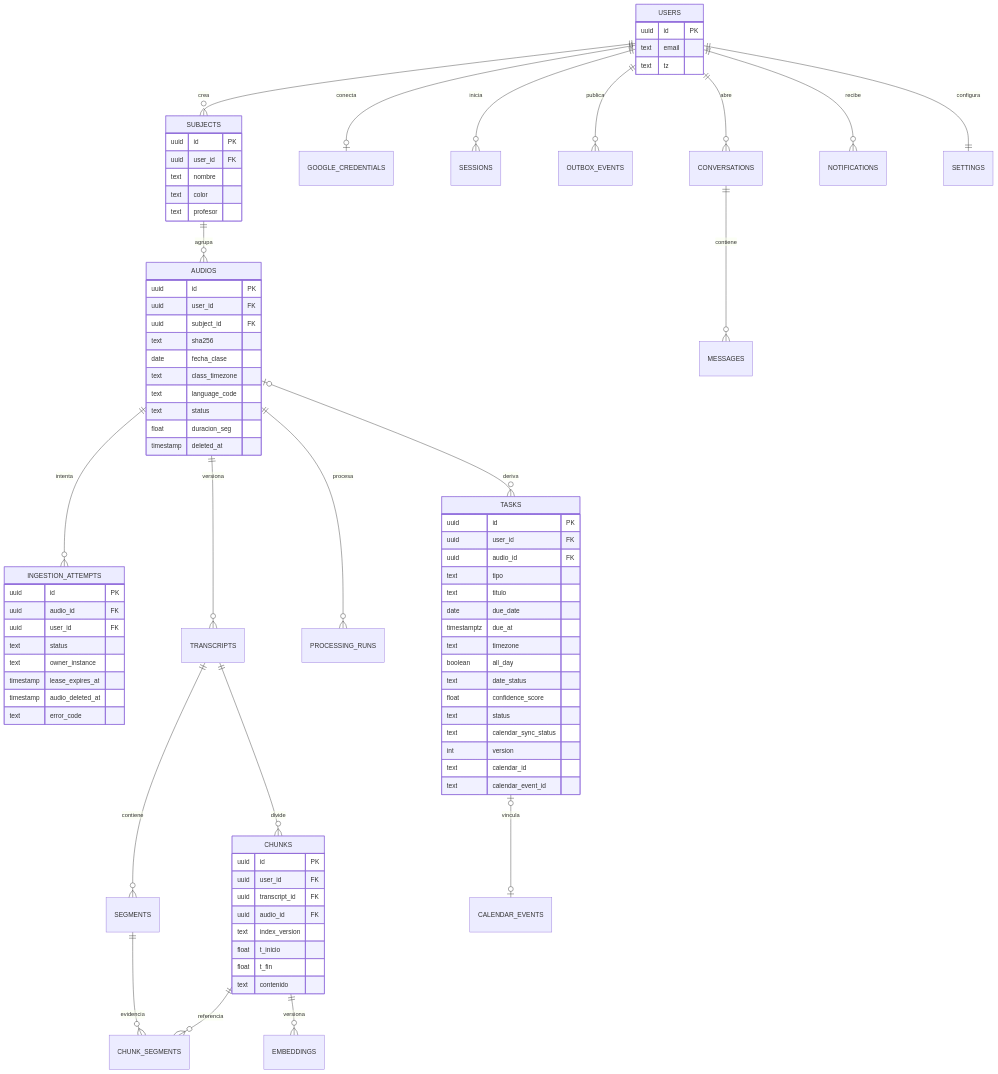
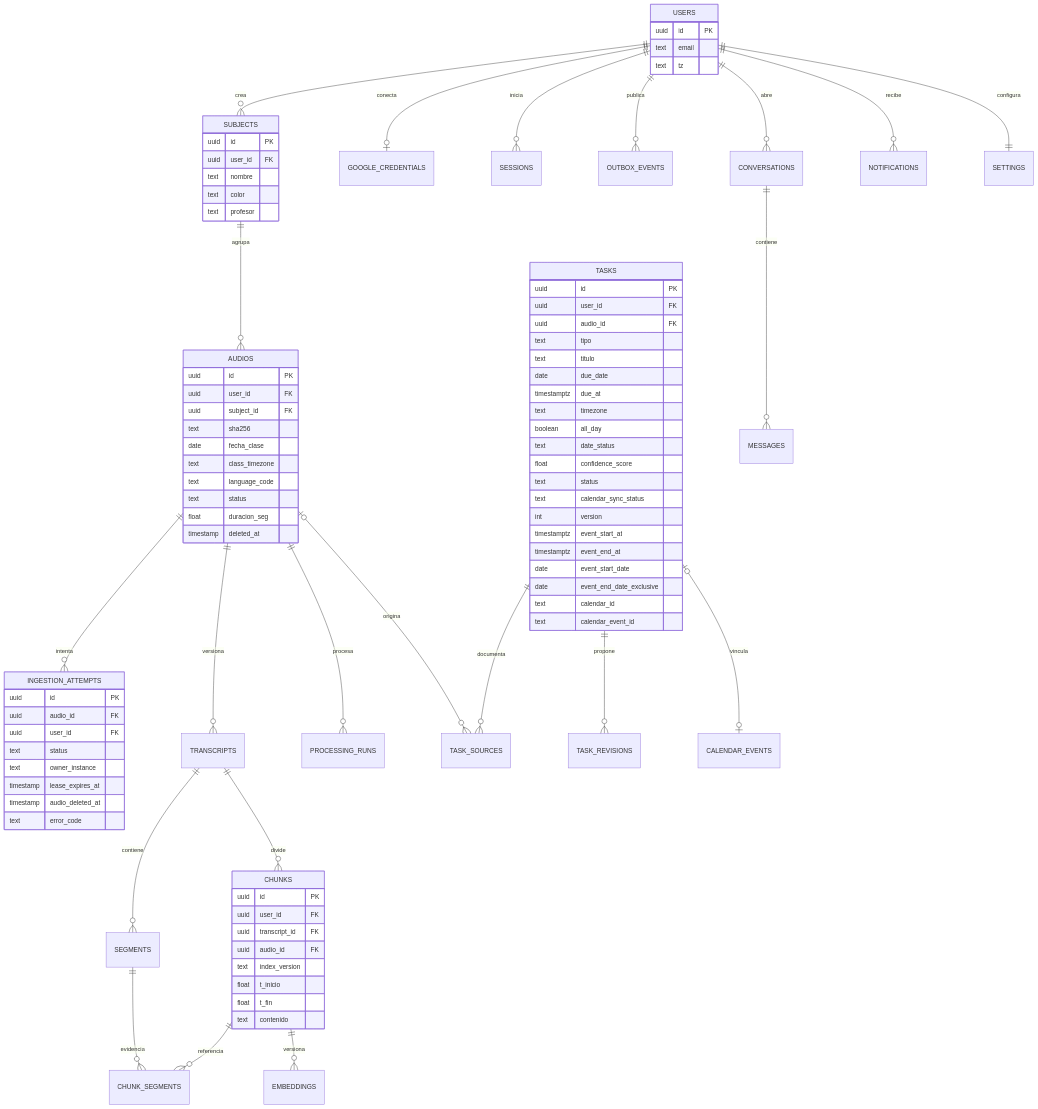
The third of 3 diagrams in docs/ESPECIFICACION.md (Nigrumhodo/Maulwurf), drawn with Mermaid before and after one commit. The commit also changed other lines of this file and 18 other files, not shown here.

```diff
--- a/docs/ESPECIFICACION.md
+++ b/docs/ESPECIFICACION.md
@@ -458,7 +461,9 @@
     CHUNKS ||--o{ CHUNK_SEGMENTS : referencia
     SEGMENTS ||--o{ CHUNK_SEGMENTS : evidencia
     CHUNKS ||--o{ EMBEDDINGS : versiona
-    AUDIOS o|--o{ TASKS : deriva
+    AUDIOS o|--o{ TASK_SOURCES : origina
+    TASKS ||--o{ TASK_SOURCES : documenta
+    TASKS ||--o{ TASK_REVISIONS : propone
     TASKS |o--o| CALENDAR_EVENTS : vincula
     USERS ||--o{ OUTBOX_EVENTS : publica
     USERS ||--o{ CONVERSATIONS : abre
@@ -515,6 +520,10 @@
         text status
         text calendar_sync_status
         int version
+        timestamptz event_start_at
+        timestamptz event_end_at
+        date event_start_date
+        date event_end_date_exclusive
         text calendar_id
         text calendar_event_id
     }
```
